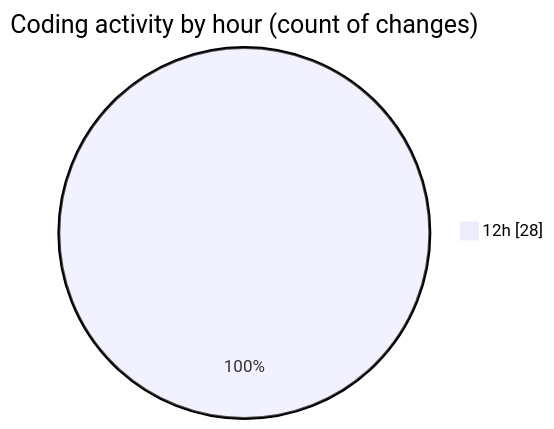
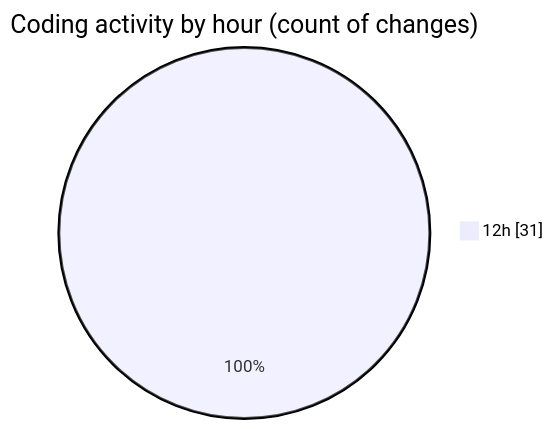
Before and after one commit to Ritupan-Deka/code-tracking: the second of 2 diagrams in 2025-12-28/rust/README.md, drawn with Mermaid. The commit also changed other lines of this file and 1 other file, not shown here.

````diff
--- a/2025-12-28/rust/README.md
+++ b/2025-12-28/rust/README.md
@@ -28,5 +28,5 @@
 ```mermaid
 pie showData
 title Coding activity by hour (count of changes)
-"12h" : 28
+"12h" : 31
 ```
````
